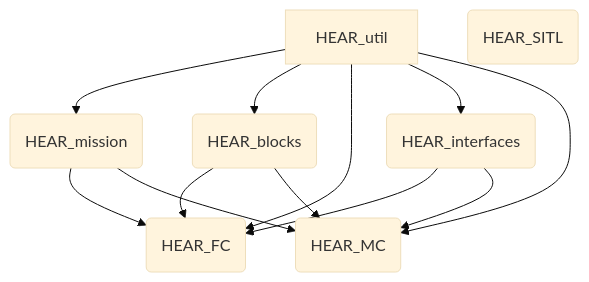
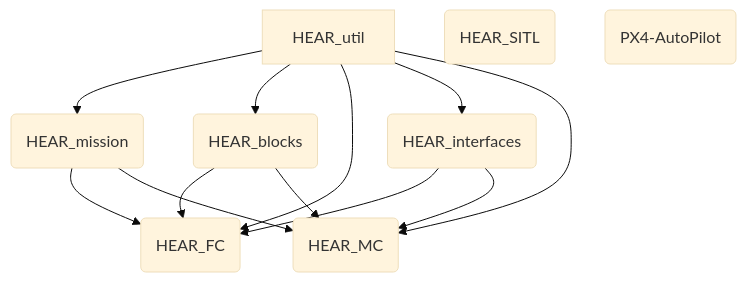
One commit to DroneLeaf/HEAR_wiki changed the diagram in source_management.md. Above: the diagram before and after it, drawn with Mermaid (base theme). The commit also changed other lines of this file, not shown here.

Commit message:
Adding PX4-AutoPilot to source_management

````diff
--- a/source_management.md
+++ b/source_management.md
@@ -19,15 +19,16 @@
 ```mermaid
 flowchart TD
     A[HEAR_util] -->B(HEAR_mission)
     A -->C(HEAR_blocks)
     A -->D(HEAR_FC)
     A -->F(HEAR_interfaces)
     B -->D
     C -->D
     F -->D
     A -->E(HEAR_MC)
     B -->E
     C -->E
     F -->E
     G(HEAR_SITL)
+    H(PX4-AutoPilot)
 ```
````
